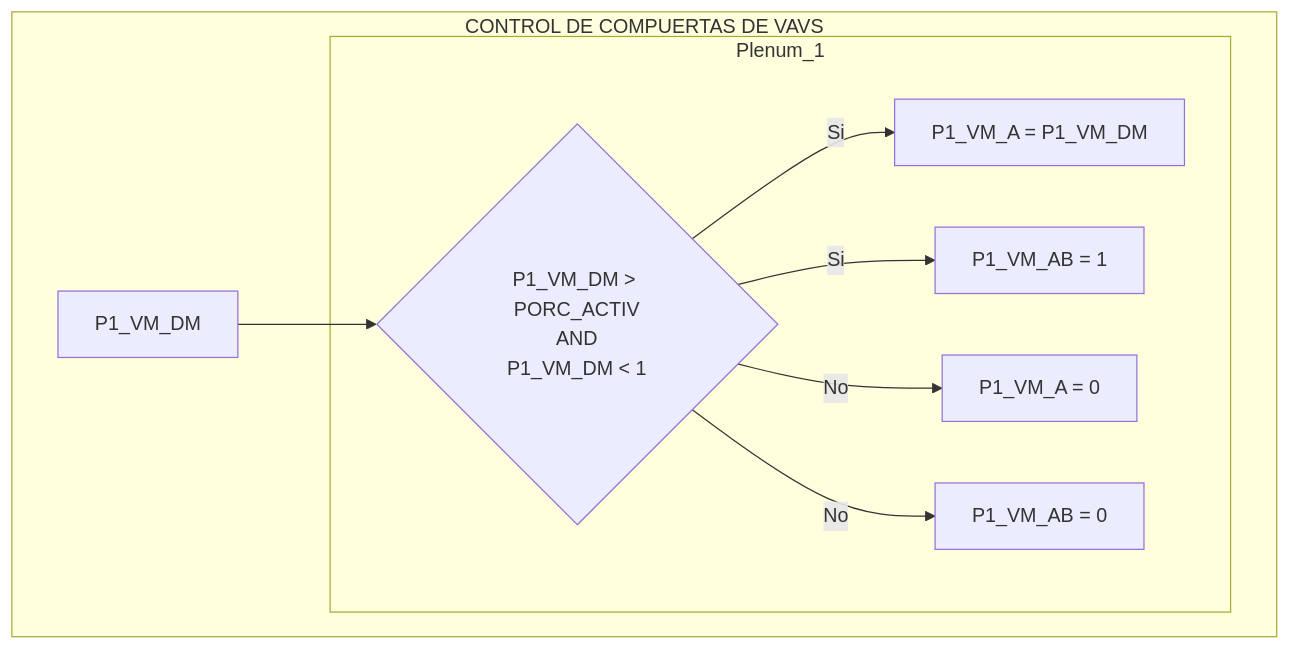
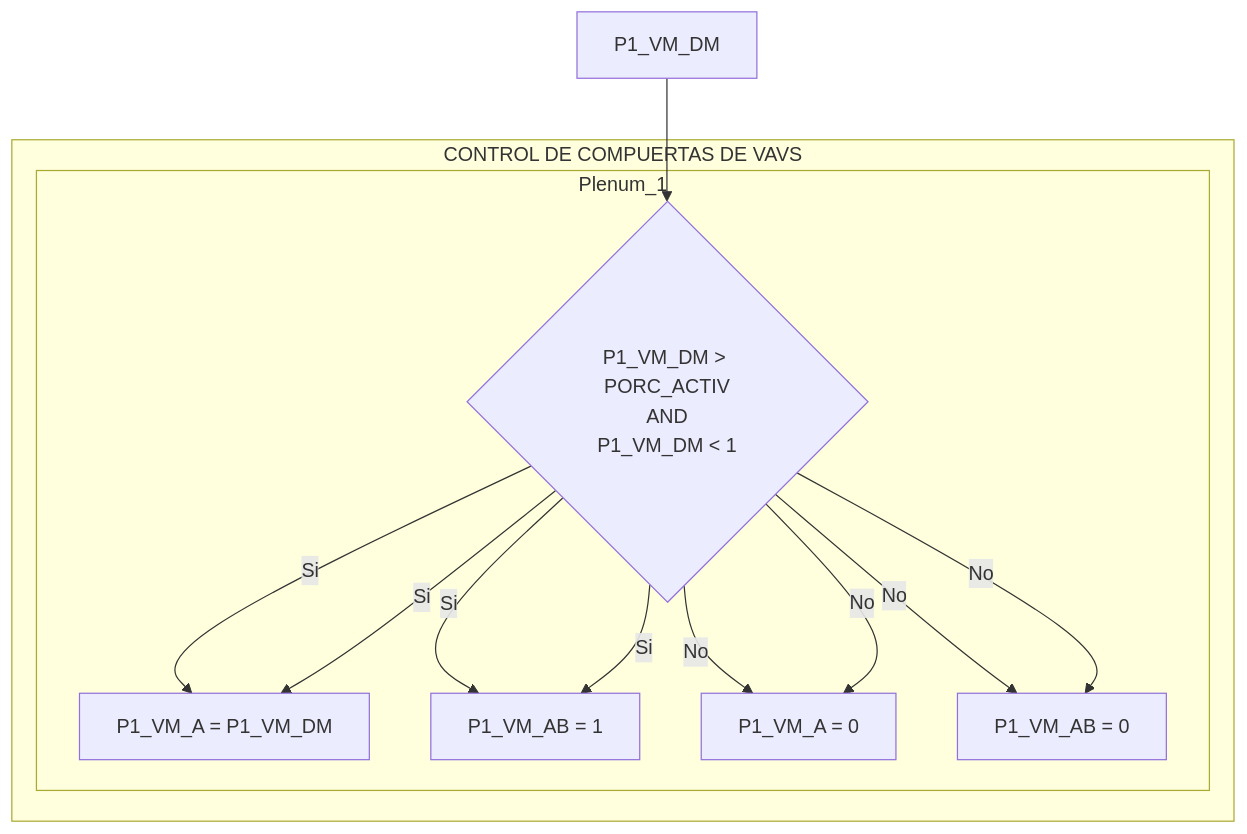
Before and after one commit to cjhirashi/ct-prub-in: the diagram in Cuarto-de-Pruebas/Controlador-1/PRG2/README.md, drawn with Mermaid.

Commit message:
Añadir subgráficos en el diagrama de flujo del README.md para detallar el control de compuertas de VAVs en el programa PRG2.

````diff
--- a/Cuarto-de-Pruebas/Controlador-1/PRG2/README.md
+++ b/Cuarto-de-Pruebas/Controlador-1/PRG2/README.md
@@ -132,14 +132,21 @@
 ```mermaid
 graph TD
+            P1_VM_DM --> P1_VM_Decision{P1_VM_DM > PORC_ACTIV<br>AND<br>P1_VM_DM < 1};
     subgraph CONTROL DE COMPUERTAS DE VAVS
-            P1_VM_DM --> P1_VM_Decision{P1_VM_DM > PORC_ACTIV<br>AND<br>P1_VM_DM < 1};
+        subgraph Plenum_1
+            P1_VM_Decision -- Si --> P1_VM_SetA[P1_VM_A = P1_VM_DM];
+            P1_VM_Decision -- Si --> P1_VM_SetAB[P1_VM_AB = 1];
+            P1_VM_Decision -- No --> P1_VM_SetA0[P1_VM_A = 0];
+            P1_VM_Decision -- No --> P1_VM_SetAB0[P1_VM_AB = 0];
+           
+        end
         subgraph Plenum_1
             P1_VM_Decision -- Si --> P1_VM_SetA[P1_VM_A = P1_VM_DM];
             P1_VM_Decision -- Si --> P1_VM_SetAB[P1_VM_AB = 1];
             P1_VM_Decision -- No --> P1_VM_SetA0[P1_VM_A = 0];
             P1_VM_Decision -- No --> P1_VM_SetAB0[P1_VM_AB = 0];
            
         end
 
    end
 ```
````
